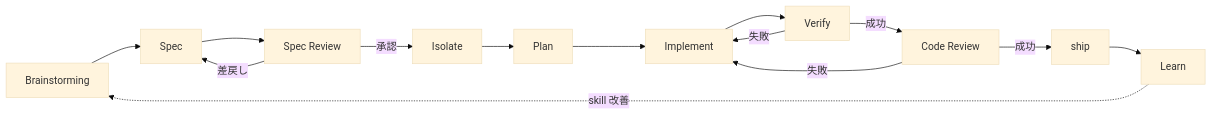
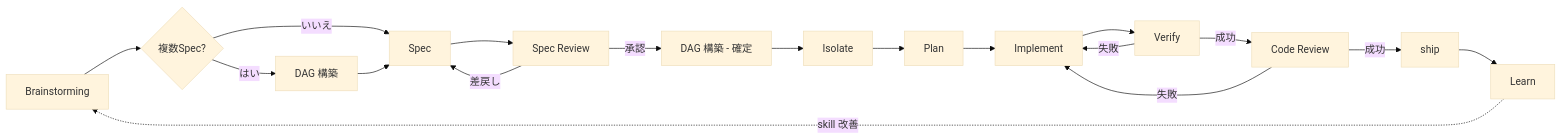
The diagram in docs/workflow.md (gassn/my-workflows), drawn with Mermaid (base theme) before and after one commit. The commit also changed other lines of this file and 3 other files, not shown here.

First line of the commit message:
spec-dag-builder skill を追加

````diff
--- a/docs/workflow.md
+++ b/docs/workflow.md
@@ -48,16 +48,20 @@
 ```mermaid
 flowchart LR
-    Z[Brainstorming] --> A[Spec]
+    Z[Brainstorming] --> Y{複数Spec?}
+    Y -->|はい| X[DAG 構築]
+    Y -->|いいえ| A[Spec]
+    X --> A
     A --> B[Spec Review]
-    B -->|承認| C[Isolate]
+    B -->|承認| X2[DAG 構築 - 確定]
     B -->|差戻し| A
+    X2 --> C[Isolate]
     C --> D[Plan]
     D --> E[Implement]
     E --> F[Verify]
     F -->|失敗| E
     F -->|成功| G[Code Review]
     G -->|失敗| E
     G -->|成功| H[ship]
     H --> I[Learn]
     I -.->|skill 改善| Z
 ```
````
